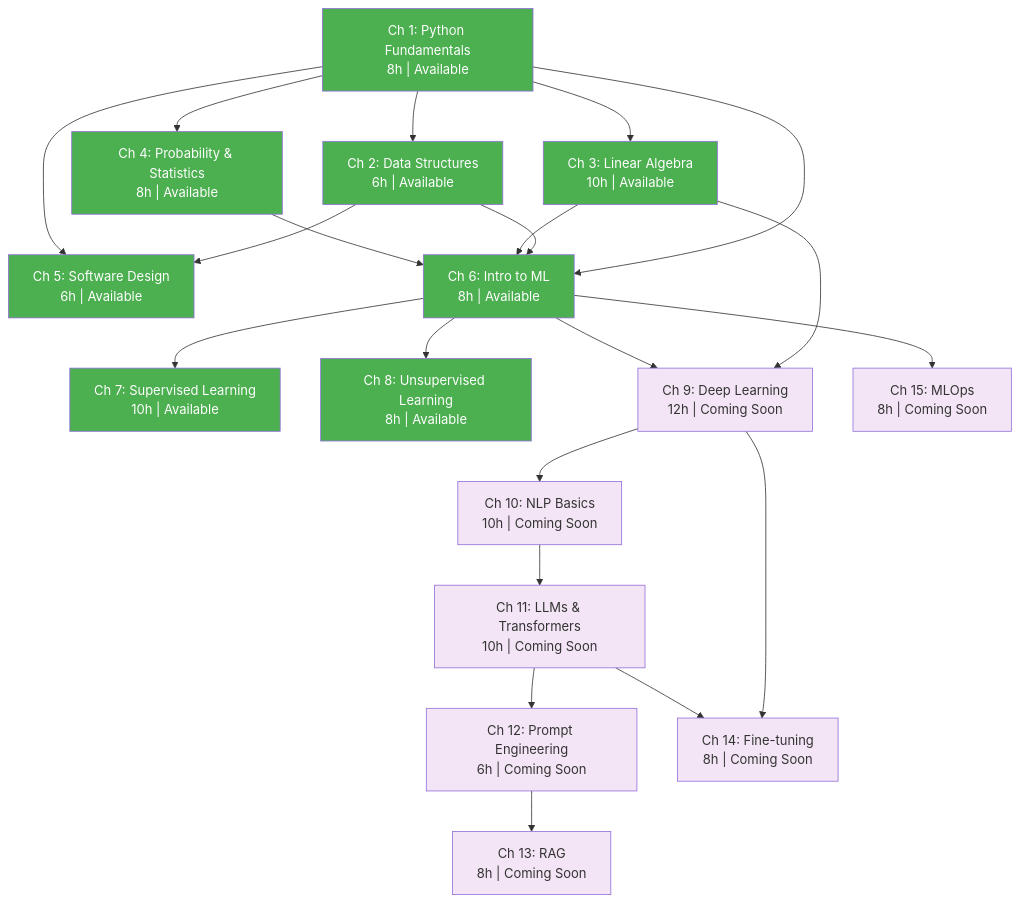
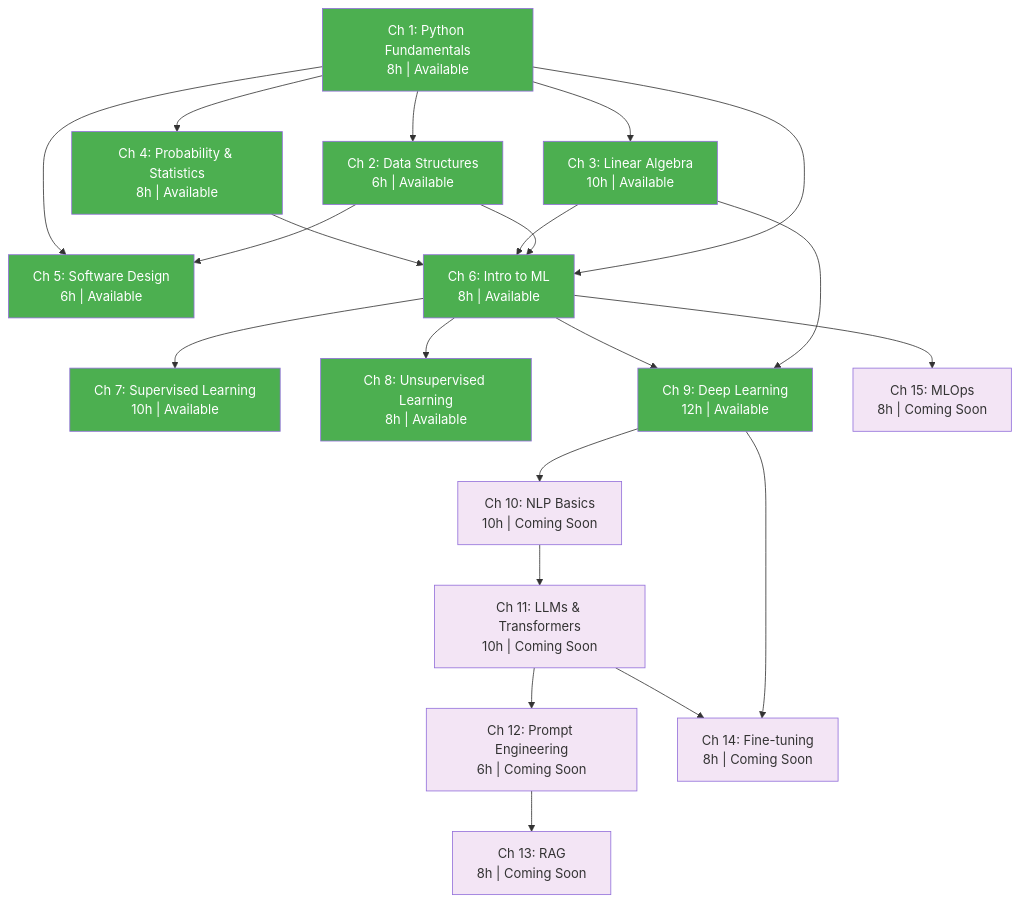
Before and after one commit to luigipascal/berta-chapters: the diagram in SYLLABUS.md, drawn with Mermaid. The commit also changed other lines of this file and 20 other files, not shown here.

First line of the commit message:
Add Chapter 9: Deep Learning Fundamentals with full content

````diff
--- a/SYLLABUS.md
+++ b/SYLLABUS.md
@@ -9,59 +9,59 @@
 ```mermaid
 graph TD
     CH1["Ch 1: Python Fundamentals<br/>8h | Available"]
     CH2["Ch 2: Data Structures<br/>6h | Available"]
     CH3["Ch 3: Linear Algebra<br/>10h | Available"]
     CH4["Ch 4: Probability & Statistics<br/>8h | Available"]
     CH5["Ch 5: Software Design<br/>6h | Available"]
 
     CH6["Ch 6: Intro to ML<br/>8h | Available"]
     CH7["Ch 7: Supervised Learning<br/>10h | Available"]
     CH8["Ch 8: Unsupervised Learning<br/>8h | Available"]
-    CH9["Ch 9: Deep Learning<br/>12h | Coming Soon"]
+    CH9["Ch 9: Deep Learning<br/>12h | Available"]
     CH10["Ch 10: NLP Basics<br/>10h | Coming Soon"]
     CH11["Ch 11: LLMs & Transformers<br/>10h | Coming Soon"]
     CH12["Ch 12: Prompt Engineering<br/>6h | Coming Soon"]
     CH13["Ch 13: RAG<br/>8h | Coming Soon"]
     CH14["Ch 14: Fine-tuning<br/>8h | Coming Soon"]
     CH15["Ch 15: MLOps<br/>8h | Coming Soon"]
 
     CH1 --> CH2
     CH1 --> CH3
     CH1 --> CH4
     CH2 --> CH5
     CH1 --> CH5
 
     CH1 --> CH6
     CH2 --> CH6
     CH3 --> CH6
     CH4 --> CH6
 
     CH6 --> CH7
     CH6 --> CH8
     CH3 --> CH9
     CH6 --> CH9
 
     CH9 --> CH10
     CH10 --> CH11
     CH11 --> CH12
     CH12 --> CH13
     CH9 --> CH14
     CH11 --> CH14
     CH6 --> CH15
 
     style CH1 fill:#4caf50,color:#fff
     style CH2 fill:#4caf50,color:#fff
     style CH3 fill:#4caf50,color:#fff
     style CH4 fill:#4caf50,color:#fff
     style CH5 fill:#4caf50,color:#fff
     style CH6 fill:#4caf50,color:#fff
     style CH7 fill:#4caf50,color:#fff
     style CH8 fill:#4caf50,color:#fff
-    style CH9 fill:#f3e5f5
+    style CH9 fill:#4caf50,color:#fff
     style CH10 fill:#f3e5f5
     style CH11 fill:#f3e5f5
     style CH12 fill:#f3e5f5
     style CH13 fill:#f3e5f5
     style CH14 fill:#f3e5f5
     style CH15 fill:#f3e5f5
 ```
````
